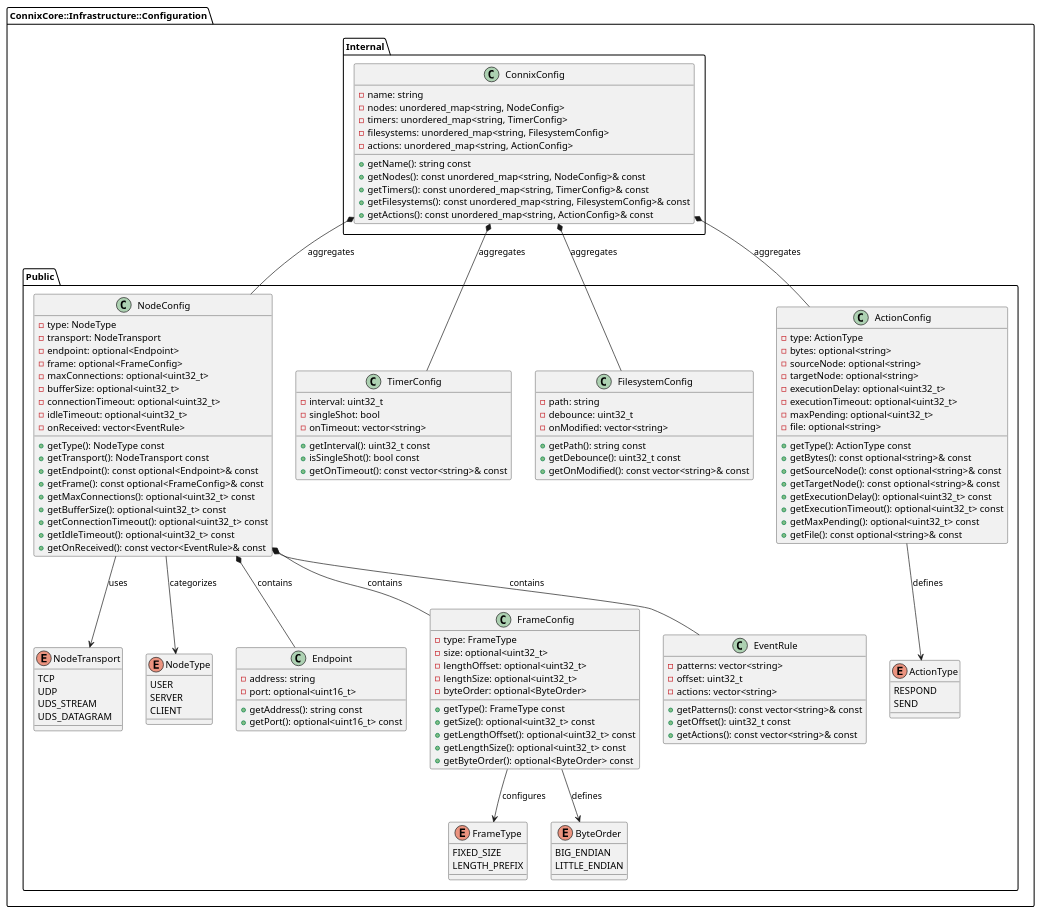
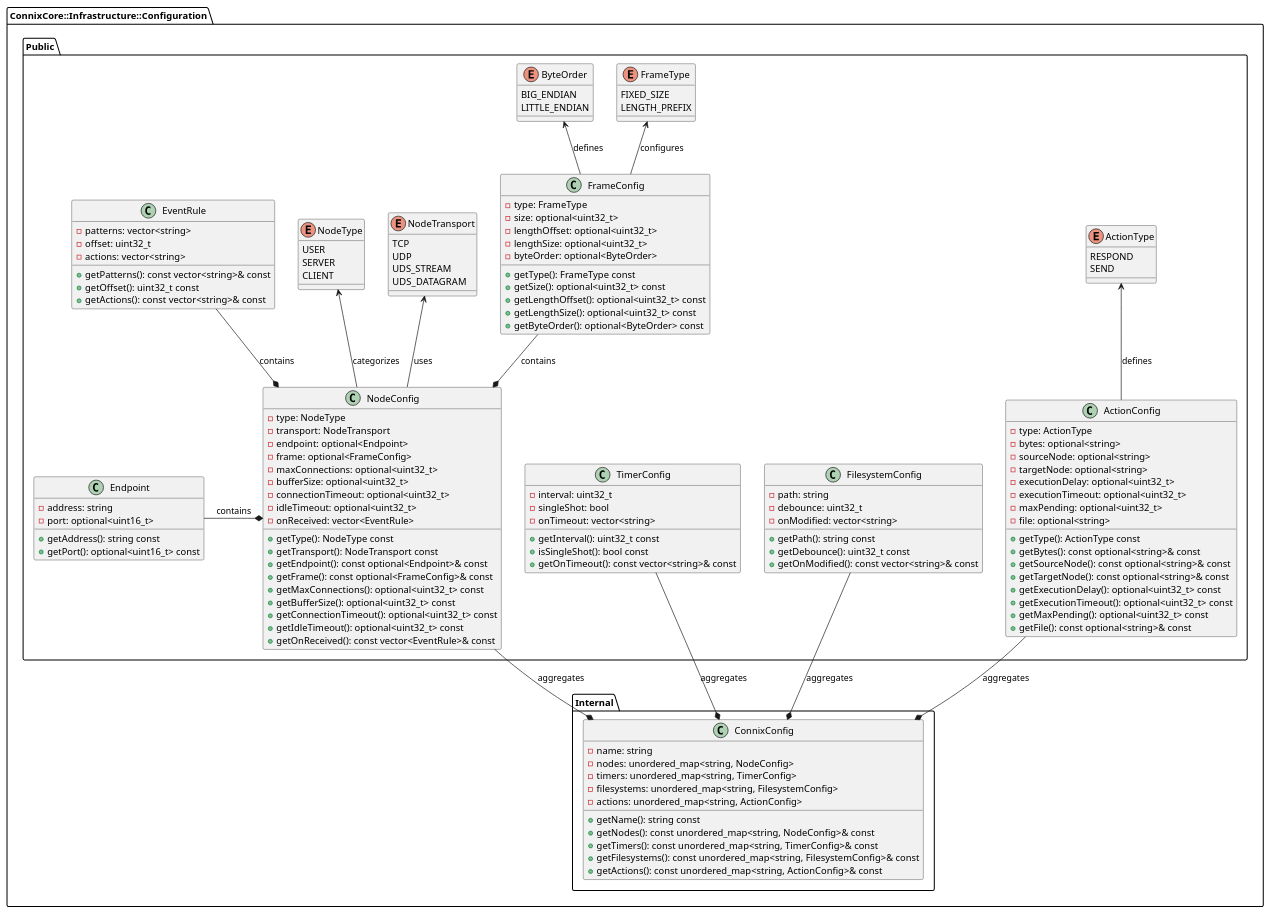
Before and after one commit to nghdang/connix: the diagram in connix/connix-core/infrastructure/configuration/dd/data_structures.puml, drawn with PlantUML. The commit also changed 37 other files, not shown here.

```diff
--- a/connix/connix-core/infrastructure/configuration/dd/data_structures.puml
+++ b/connix/connix-core/infrastructure/configuration/dd/data_structures.puml
@@ -1,160 +1,162 @@
 @startuml Configuration Component - Data Structures
 
 namespace ConnixCore::Infrastructure::Configuration {
 
 package "Public" {
 
     enum FrameType {
         FIXED_SIZE
         LENGTH_PREFIX
     }
 
     enum ByteOrder {
         BIG_ENDIAN
         LITTLE_ENDIAN
     }
 
     enum NodeTransport {
         TCP
         UDP
         UDS_STREAM
         UDS_DATAGRAM
     }
 
     enum NodeType {
         USER
         SERVER
         CLIENT
     }
 
     enum ActionType {
         RESPOND
         SEND
     }
 
     class Endpoint {
         - address: string
         - port: optional<uint16_t>
         + getAddress(): string const
         + getPort(): optional<uint16_t> const
     }
 
     class FrameConfig {
         - type: FrameType
         - size: optional<uint32_t>
         - lengthOffset: optional<uint32_t>
         - lengthSize: optional<uint32_t>
         - byteOrder: optional<ByteOrder>
         + getType(): FrameType const
         + getSize(): optional<uint32_t> const
         + getLengthOffset(): optional<uint32_t> const
         + getLengthSize(): optional<uint32_t> const
         + getByteOrder(): optional<ByteOrder> const
     }
 
     class EventRule {
         - patterns: vector<string>
         - offset: uint32_t
         - actions: vector<string>
         + getPatterns(): const vector<string>& const
         + getOffset(): uint32_t const
         + getActions(): const vector<string>& const
     }
 
     class NodeConfig {
         - type: NodeType
         - transport: NodeTransport
         - endpoint: optional<Endpoint>
         - frame: optional<FrameConfig>
         - maxConnections: optional<uint32_t>
         - bufferSize: optional<uint32_t>
         - connectionTimeout: optional<uint32_t>
         - idleTimeout: optional<uint32_t>
         - onReceived: vector<EventRule>
         + getType(): NodeType const
         + getTransport(): NodeTransport const
         + getEndpoint(): const optional<Endpoint>& const
         + getFrame(): const optional<FrameConfig>& const
         + getMaxConnections(): optional<uint32_t> const
         + getBufferSize(): optional<uint32_t> const
         + getConnectionTimeout(): optional<uint32_t> const
         + getIdleTimeout(): optional<uint32_t> const
         + getOnReceived(): const vector<EventRule>& const
     }
 
     class TimerConfig {
         - interval: uint32_t
         - singleShot: bool
         - onTimeout: vector<string>
         + getInterval(): uint32_t const
         + isSingleShot(): bool const
         + getOnTimeout(): const vector<string>& const
     }
 
     class FilesystemConfig {
         - path: string
         - debounce: uint32_t
         - onModified: vector<string>
         + getPath(): string const
         + getDebounce(): uint32_t const
         + getOnModified(): const vector<string>& const
     }
 
     class ActionConfig {
         - type: ActionType
         - bytes: optional<string>
         - sourceNode: optional<string>
         - targetNode: optional<string>
         - executionDelay: optional<uint32_t>
         - executionTimeout: optional<uint32_t>
         - maxPending: optional<uint32_t>
         - file: optional<string>
         + getType(): ActionType const
         + getBytes(): const optional<string>& const
         + getSourceNode(): const optional<string>& const
         + getTargetNode(): const optional<string>& const
         + getExecutionDelay(): optional<uint32_t> const
         + getExecutionTimeout(): optional<uint32_t> const
         + getMaxPending(): optional<uint32_t> const
         + getFile(): const optional<string>& const
     }
+
+    FrameType <-- FrameConfig : configures
+    ByteOrder <-- FrameConfig : defines
+
+    Endpoint -right-* NodeConfig : contains
+    FrameConfig --* NodeConfig : contains
+    EventRule --* NodeConfig : contains
+    NodeType <-- NodeConfig : categorizes
+    NodeTransport <-- NodeConfig : uses
+
+    ActionType <-- ActionConfig : defines
+
+    NodeConfig -[hidden]right- TimerConfig
+    TimerConfig -[hidden]right- FilesystemConfig
+    FilesystemConfig -[hidden]right- ActionConfig
 }
 
 package "Internal" {
 
     class ConnixConfig {
         - name: string
         - nodes: unordered_map<string, NodeConfig>
         - timers: unordered_map<string, TimerConfig>
         - filesystems: unordered_map<string, FilesystemConfig>
         - actions: unordered_map<string, ActionConfig>
         + getName(): string const
         + getNodes(): const unordered_map<string, NodeConfig>& const
         + getTimers(): const unordered_map<string, TimerConfig>& const
         + getFilesystems(): const unordered_map<string, FilesystemConfig>& const
         + getActions(): const unordered_map<string, ActionConfig>& const
     }
 
 }
 
-    ' Relationships
-    ConnixConfig *-- NodeConfig : aggregates
-    ConnixConfig *-- TimerConfig : aggregates
-    ConnixConfig *-- FilesystemConfig : aggregates
-    ConnixConfig *-- ActionConfig : aggregates
-
-    NodeConfig *-- Endpoint : contains
-    NodeConfig *-- FrameConfig : contains
-    NodeConfig *-- EventRule : contains
-
-    FrameConfig --> FrameType : configures
-    FrameConfig --> ByteOrder : defines
-
-    NodeConfig --> NodeType : categorizes
-    NodeConfig --> NodeTransport : uses
-
-    ActionConfig --> ActionType : defines
+NodeConfig --* ConnixConfig : aggregates
+TimerConfig --* ConnixConfig : aggregates
+FilesystemConfig --* ConnixConfig : aggregates
+ActionConfig --* ConnixConfig : aggregates
 
 }
 
 @enduml
```
